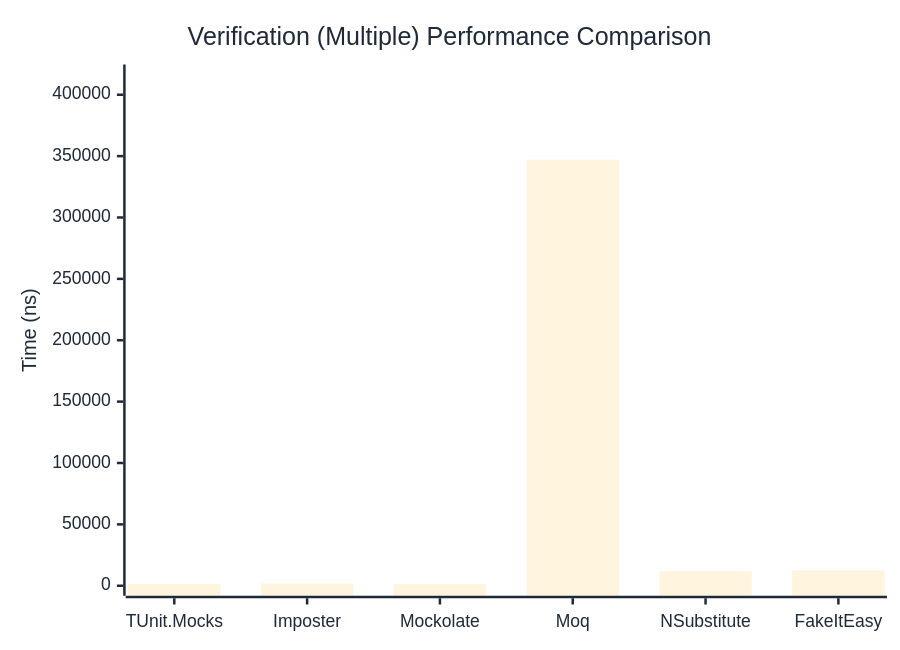
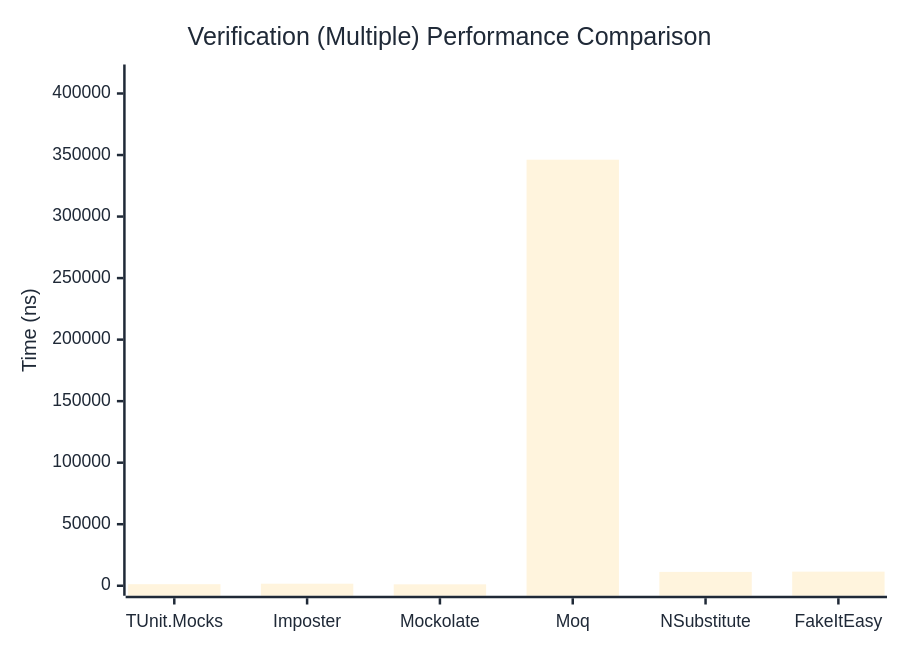
Before and after one commit to thomhurst/TUnit: the third of 3 diagrams in docs/docs/benchmarks/mocks/Verification.md, drawn with Mermaid. The commit also changed other lines of this file and 14 other files, not shown here.

````diff
--- a/docs/docs/benchmarks/mocks/Verification.md
+++ b/docs/docs/benchmarks/mocks/Verification.md
@@ -112,27 +112,27 @@
 ```mermaid
 %%{init: {
   'theme':'base',
   'themeVariables': {
     'primaryColor': '#2563eb',
     'primaryTextColor': '#1f2937',
     'primaryBorderColor': '#1e40af',
     'lineColor': '#6b7280',
     'secondaryColor': '#7c3aed',
     'tertiaryColor': '#dc2626',
     'background': '#ffffff',
     'pie1': '#2563eb',
     'pie2': '#7c3aed',
     'pie3': '#dc2626',
     'pie4': '#f59e0b',
     'pie5': '#10b981',
     'pie6': '#06b6d4',
     'pie7': '#ec4899',
     'pie8': '#6366f1'
   }
 }}%%
 xychart-beta
   title "Verification (Multiple) Performance Comparison"
   x-axis ["TUnit.Mocks", "Imposter", "Mockolate", "Moq", "NSubstitute", "FakeItEasy"]
-  y-axis "Time (ns)" 0 --> 416492
-  bar [1319.37, 1828.24, 1156.86, 347076.46, 11679.69, 12538.31]
+  y-axis "Time (ns)" 0 --> 415437
+  bar [1271.9, 1664.66, 1152.22, 346196.73, 11239.48, 11466.49]
 ```
````
